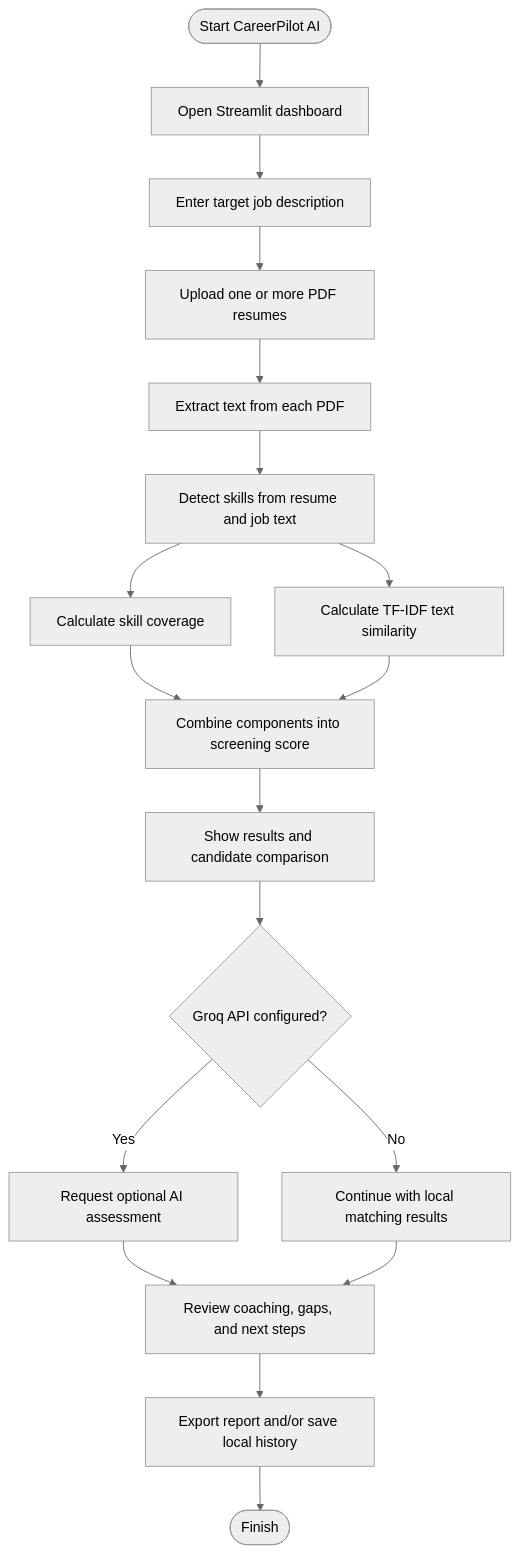
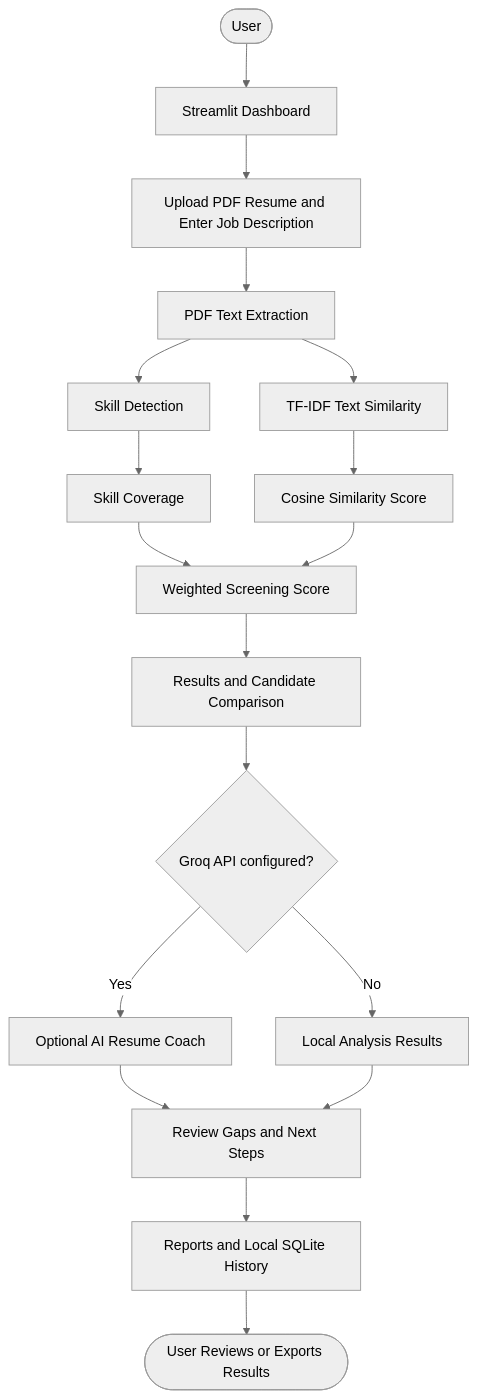
One commit to ashfaque-ahmed78/CareerPilot-AI changed the diagram in README.md. Above: the diagram before and after it, drawn with Mermaid (neutral theme). The commit also changed other lines of this file, not shown here.

````diff
--- a/README.md
+++ b/README.md
@@ -130,20 +125,20 @@
 ```mermaid
 flowchart TD
-    A([Start CareerPilot AI]) --> B[Open Streamlit dashboard]
-    B --> C[Enter target job description]
-    C --> D[Upload one or more PDF resumes]
-    D --> E[Extract text from each PDF]
-    E --> F[Detect skills from resume and job text]
-    F --> G[Calculate skill coverage]
-    F --> H[Calculate TF-IDF text similarity]
-    G --> I[Combine components into screening score]
+    A([User]) --> B[Streamlit Dashboard]
+    B --> C[Upload PDF Resume and Enter Job Description]
+    C --> D[PDF Text Extraction]
+    D --> E[Skill Detection]
+    D --> F[TF-IDF Text Similarity]
+    E --> G[Skill Coverage]
+    F --> H[Cosine Similarity Score]
+    G --> I[Weighted Screening Score]
     H --> I
-    I --> J[Show results and candidate comparison]
+    I --> J[Results and Candidate Comparison]
     J --> K{Groq API configured?}
-    K -- Yes --> L[Request optional AI assessment]
-    K -- No --> M[Continue with local matching results]
-    L --> N[Review coaching, gaps, and next steps]
+    K -- Yes --> L[Optional AI Resume Coach]
+    K -- No --> M[Local Analysis Results]
+    L --> N[Review Gaps and Next Steps]
     M --> N
-    N --> O[Export report and/or save local history]
-    O --> P([Finish])
+    N --> O[Reports and Local SQLite History]
+    O --> P([User Reviews or Exports Results])
 ```
````
